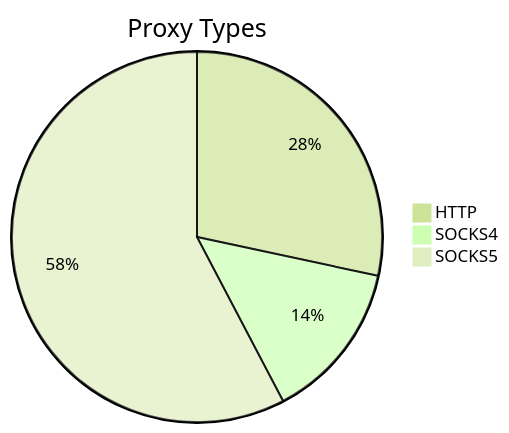
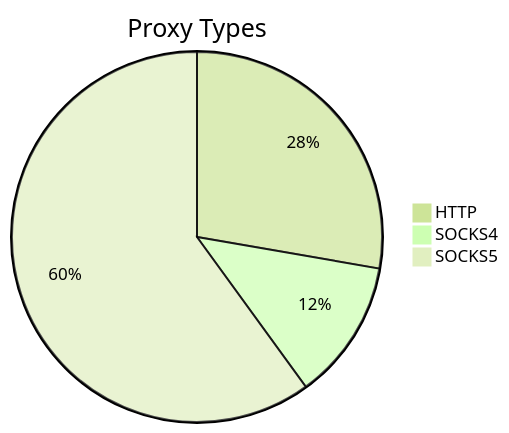
One commit to stormsia/proxy-list changed the first of 2 diagrams in README.md. Above: the diagram before and after it, drawn with Mermaid (forest theme). The commit also changed other lines of this file, not shown here.

````diff
--- a/README.md
+++ b/README.md
@@ -21,6 +21,6 @@
 ```mermaid
 pie title Proxy Types
-    "HTTP" : 59
-    "SOCKS4" : 29
-    "SOCKS5" : 120
+    "HTTP" : 104
+    "SOCKS4" : 46
+    "SOCKS5" : 225
 ```
````
